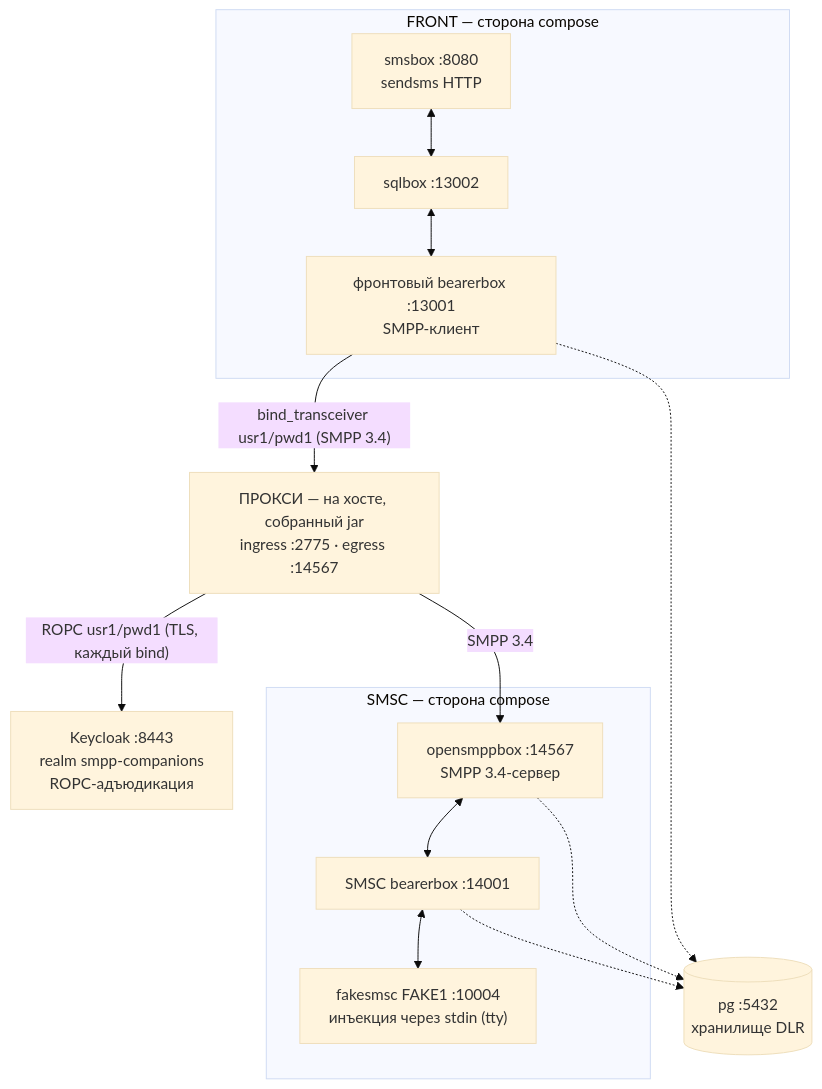
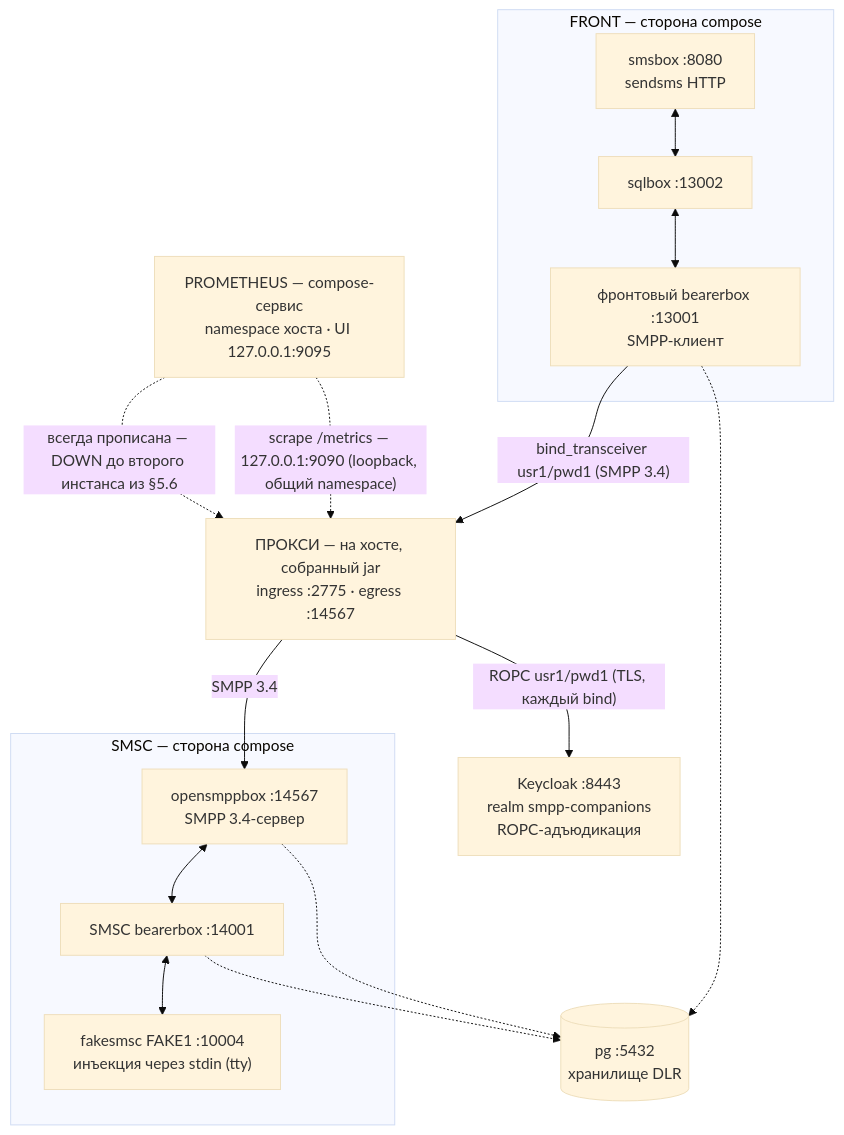
Before and after one commit to ildarsharafutdinov/smpp-companions: the diagram in sandbox/README.ru.md, drawn with Mermaid (base theme). The commit also changed other lines of this file and 5 other files, not shown here.

````diff
--- a/sandbox/README.ru.md
+++ b/sandbox/README.ru.md
@@ -65,30 +65,33 @@
 ```mermaid
 flowchart TD
     subgraph front["FRONT — сторона compose"]
         smsbox["smsbox :8080<br/>sendsms HTTP"]
         sqlbox["sqlbox :13002"]
         fbearer["фронтовый bearerbox :13001<br/>SMPP-клиент"]
     end
 
     proxy["ПРОКСИ — на хосте, собранный jar<br/>ingress :2775 · egress :14567"]
 
     subgraph smsc["SMSC — сторона compose"]
         osmpp["opensmppbox :14567<br/>SMPP 3.4-сервер"]
         sbearer["SMSC bearerbox :14001"]
         fake["fakesmsc FAKE1 :10004<br/>инъекция через stdin (tty)"]
     end
 
     keycloak["Keycloak :8443<br/>realm smpp-companions<br/>ROPC-адъюдикация"]
     pg[("pg :5432<br/>хранилище DLR")]
+    prom["PROMETHEUS — compose-сервис<br/>namespace хоста · UI 127.0.0.1:9095"]
 
     smsbox <--> sqlbox
     sqlbox <--> fbearer
     fbearer -- "bind_transceiver usr1/pwd1 (SMPP 3.4)" --> proxy
     proxy -- "ROPC usr1/pwd1 (TLS, каждый bind)" --> keycloak
     proxy -- "SMPP 3.4" --> osmpp
     osmpp <--> sbearer
     sbearer <--> fake
     fbearer -.-> pg
     osmpp -.-> pg
     sbearer -.-> pg
+    prom -.->|"scrape /metrics — 127.0.0.1:9090 (loopback, общий namespace)"| proxy
+    prom -.->|"всегда прописана — DOWN до второго инстанса из §5.6"| proxy
 ```
````
